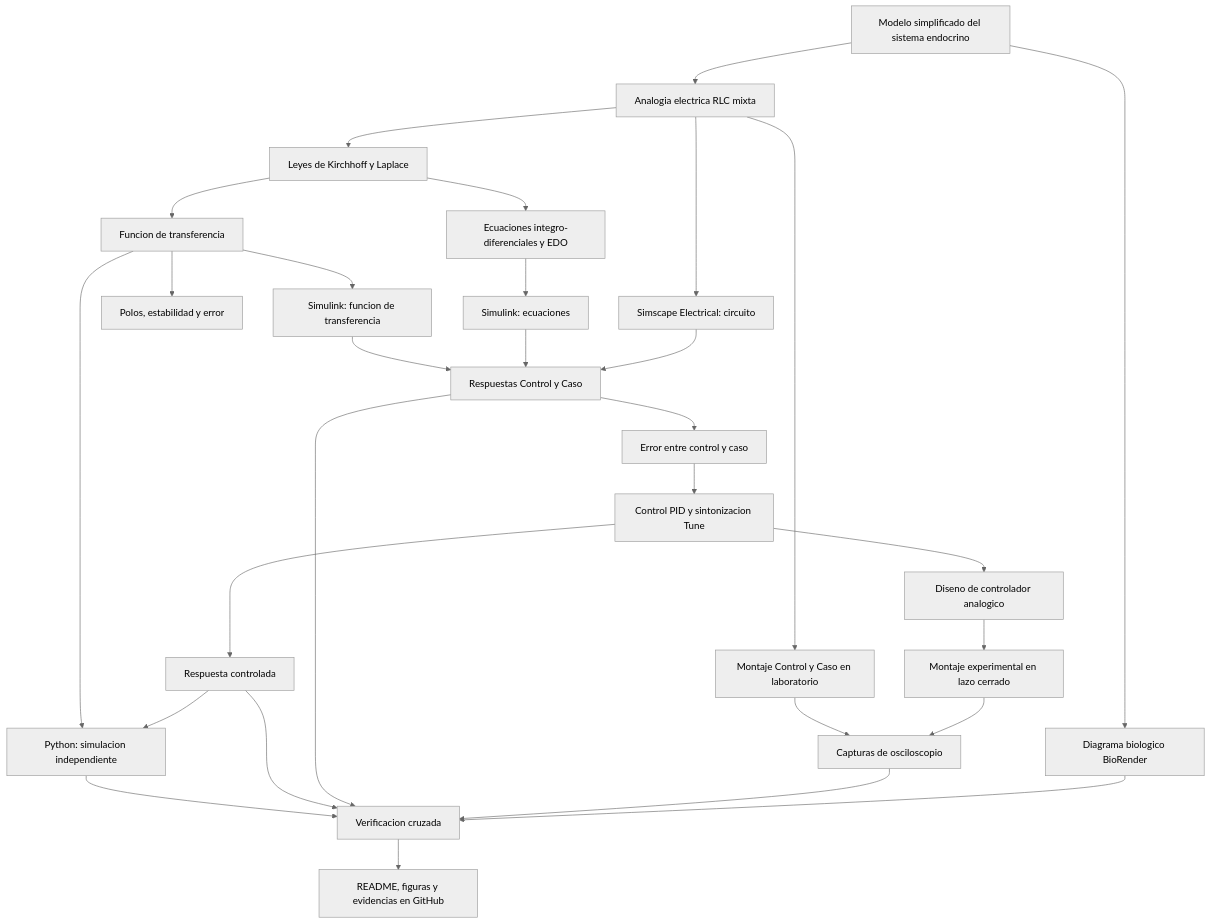
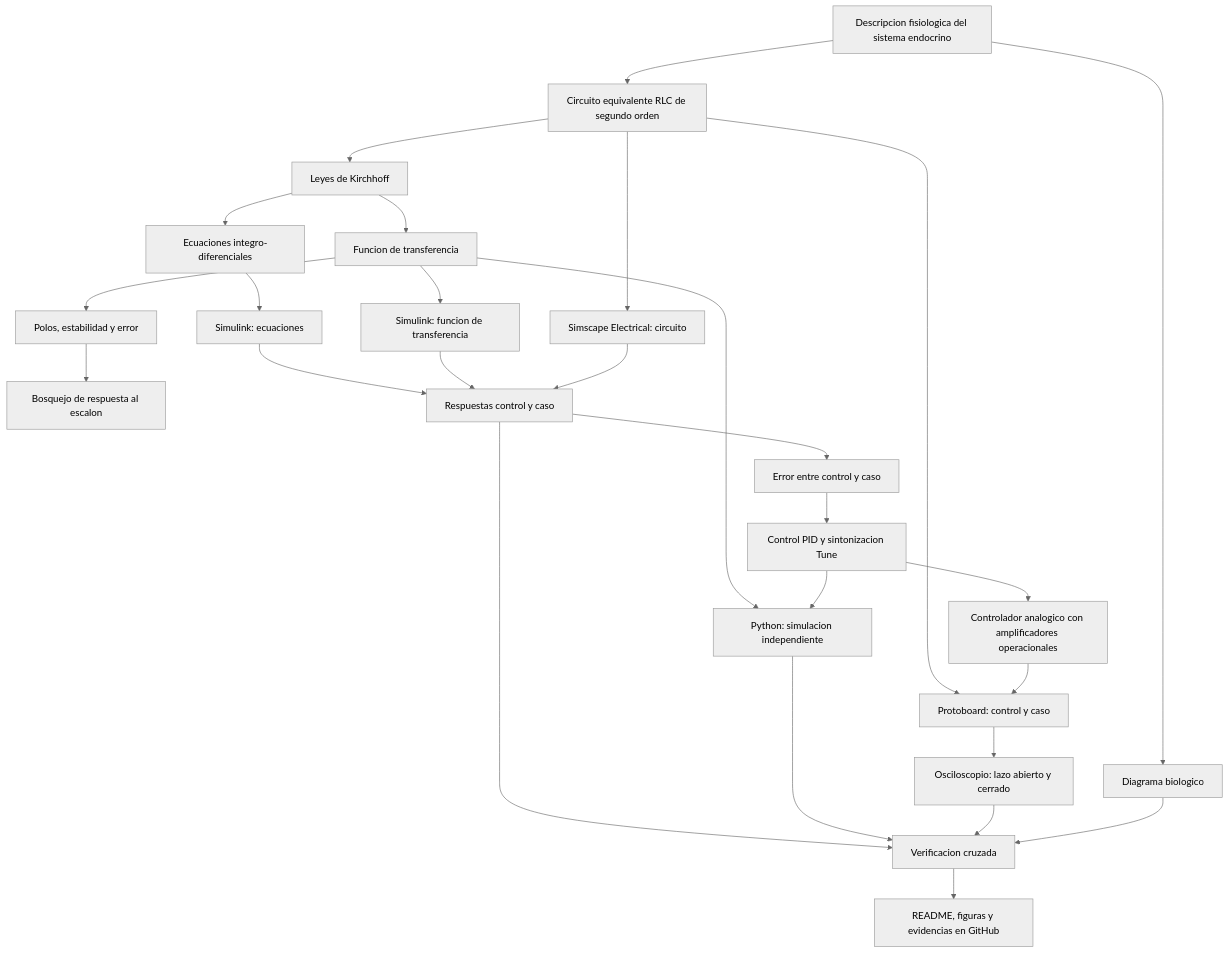
Before and after one commit to 23212806-debug/MSFP4: the diagram in README.md, drawn with Mermaid (neutral theme). The commit also changed other lines of this file, not shown here.

````diff
--- a/README.md
+++ b/README.md
@@ -418,31 +507,29 @@
 ```mermaid
 flowchart TD
-    A[Modelo simplificado del sistema endocrino] --> B[Analogia electrica RLC mixta]
-    A --> C[Diagrama biologico BioRender]
-    B --> D[Leyes de Kirchhoff y Laplace]
-    B --> E[Simscape Electrical: circuito]
-    D --> F[Funcion de transferencia]
-    D --> G[Ecuaciones integro-diferenciales y EDO]
-    F --> H[Polos, estabilidad y error]
-    F --> I[Simulink: funcion de transferencia]
-    G --> J[Simulink: ecuaciones]
-    I --> K[Respuestas Control y Caso]
+    A[Descripcion fisiologica del sistema endocrino] --> B[Circuito equivalente RLC de segundo orden]
+    B --> C[Leyes de Kirchhoff]
+    C --> D[Ecuaciones integro-diferenciales]
+    C --> E[Funcion de transferencia]
+    E --> F[Polos, estabilidad y error]
+    F --> G[Bosquejo de respuesta al escalon]
+    D --> H[Simulink: ecuaciones]
+    E --> I[Simulink: funcion de transferencia]
+    B --> J[Simscape Electrical: circuito]
+    H --> K[Respuestas control y caso]
+    I --> K
     J --> K
-    E --> K
     K --> L[Error entre control y caso]
     L --> M[Control PID y sintonizacion Tune]
-    M --> N[Respuesta controlada]
-    F --> O[Python: simulacion independiente]
-    N --> O
-    M --> P[Diseno de controlador analogico]
-    B --> Q[Montaje Control y Caso en laboratorio]
-    P --> R[Montaje experimental en lazo cerrado]
-    Q --> S[Capturas de osciloscopio]
+    M --> N[Controlador analogico con amplificadores operacionales]
+    E --> O[Python: simulacion independiente]
+    M --> O
+    B --> P[Protoboard: control y caso]
+    N --> P
+    P --> Q[Osciloscopio: lazo abierto y cerrado]
+    A --> R[Diagrama biologico]
+    K --> S[Verificacion cruzada]
+    O --> S
+    Q --> S
     R --> S
-    O --> T[Verificacion cruzada]
-    N --> T
-    K --> T
-    S --> T
-    C --> T
-    T --> U[README, figuras y evidencias en GitHub]
+    S --> T[README, figuras y evidencias en GitHub]
 ```
````
